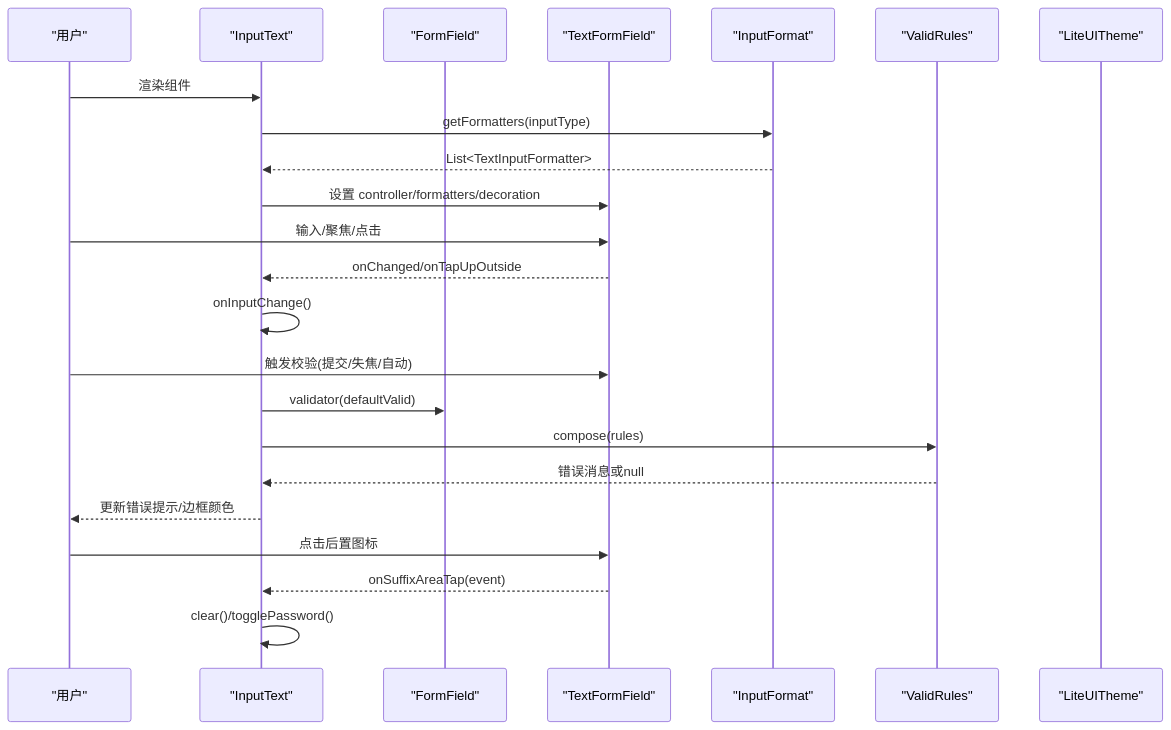
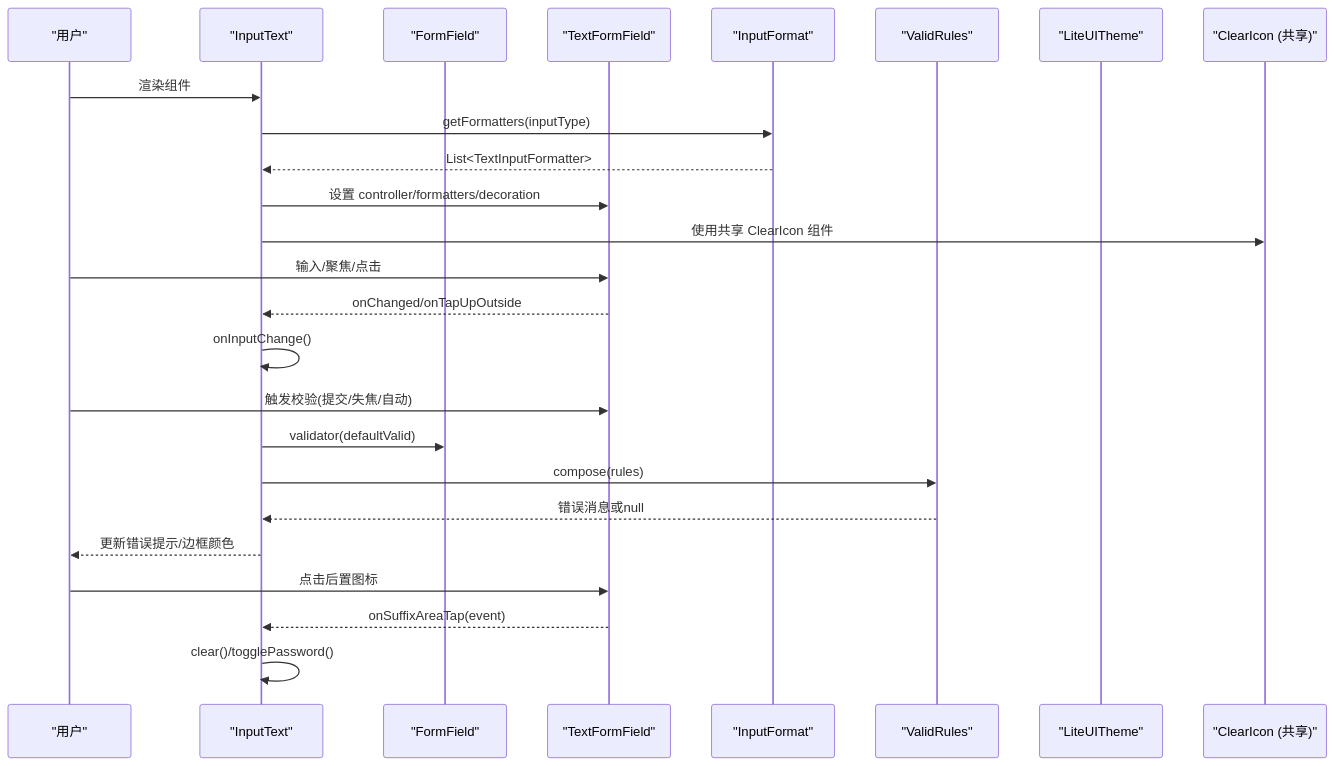
The second of 6 diagrams in .qoder/repowiki/zh/content/基础组件/InputText 文本输入框.md (yuzhido/lite-ui), drawn with Mermaid before and after one commit. The commit also changed other lines of this file and 35 other files, not shown here.

````diff
--- a/.qoder/repowiki/zh/content/基础组件/InputText 文本输入框.md
+++ b/.qoder/repowiki/zh/content/基础组件/InputText 文本输入框.md
@@ -107,25 +111,27 @@
 ```mermaid
 sequenceDiagram
 participant U as "用户"
 participant IT as "InputText"
 participant FT as "FormField"
 participant TT as "TextFormField"
 participant IF as "InputFormat"
 participant VR as "ValidRules"
 participant TH as "LiteUITheme"
+participant CI as "ClearIcon (共享)"
 U->>IT : 渲染组件
 IT->>IF : getFormatters(inputType)
 IF-->>IT : List<TextInputFormatter>
 IT->>TT : 设置 controller/formatters/decoration
+IT->>CI : 使用共享 ClearIcon 组件
 U->>TT : 输入/聚焦/点击
 TT-->>IT : onChanged/onTapUpOutside
 IT->>IT : onInputChange()
 U->>TT : 触发校验(提交/失焦/自动)
 IT->>FT : validator(defaultValid)
 IT->>VR : compose(rules)
 VR-->>IT : 错误消息或null
 IT-->>U : 更新错误提示/边框颜色
 U->>TT : 点击后置图标
 TT-->>IT : onSuffixAreaTap(event)
 IT->>IT : clear()/togglePassword()
 ```
````
